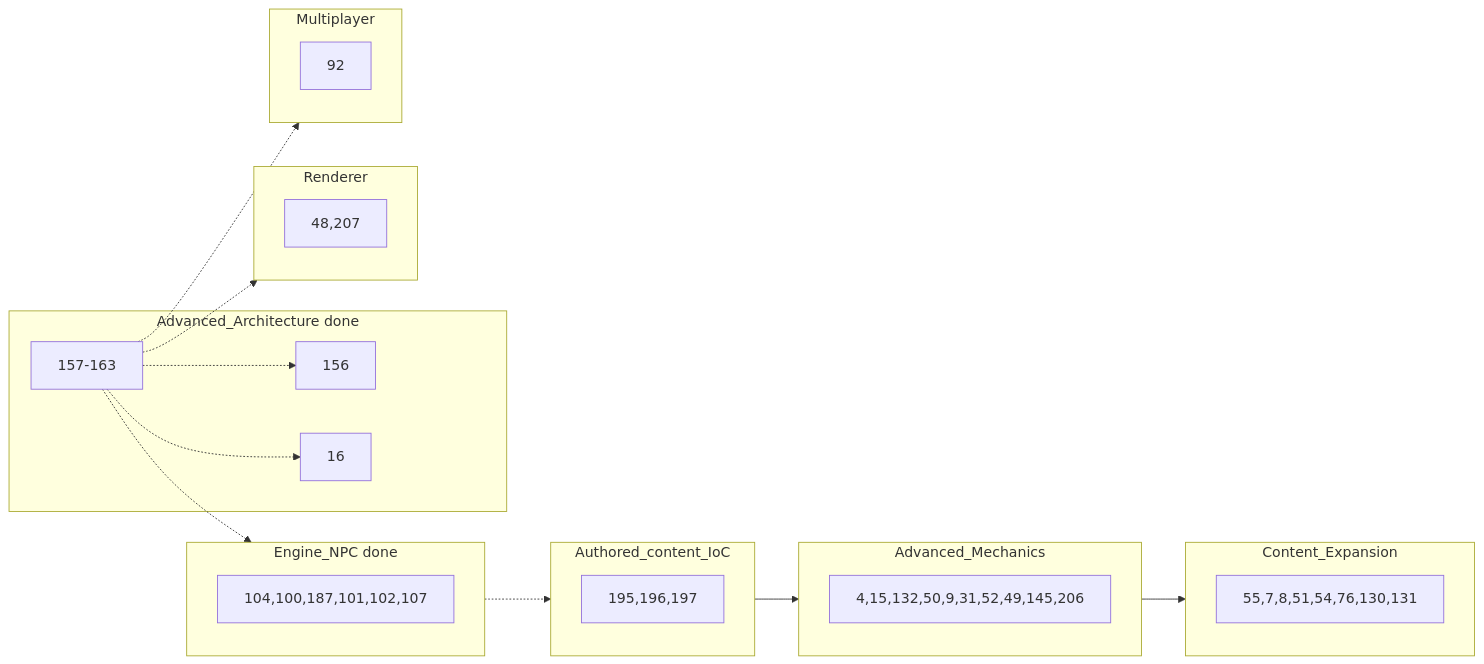
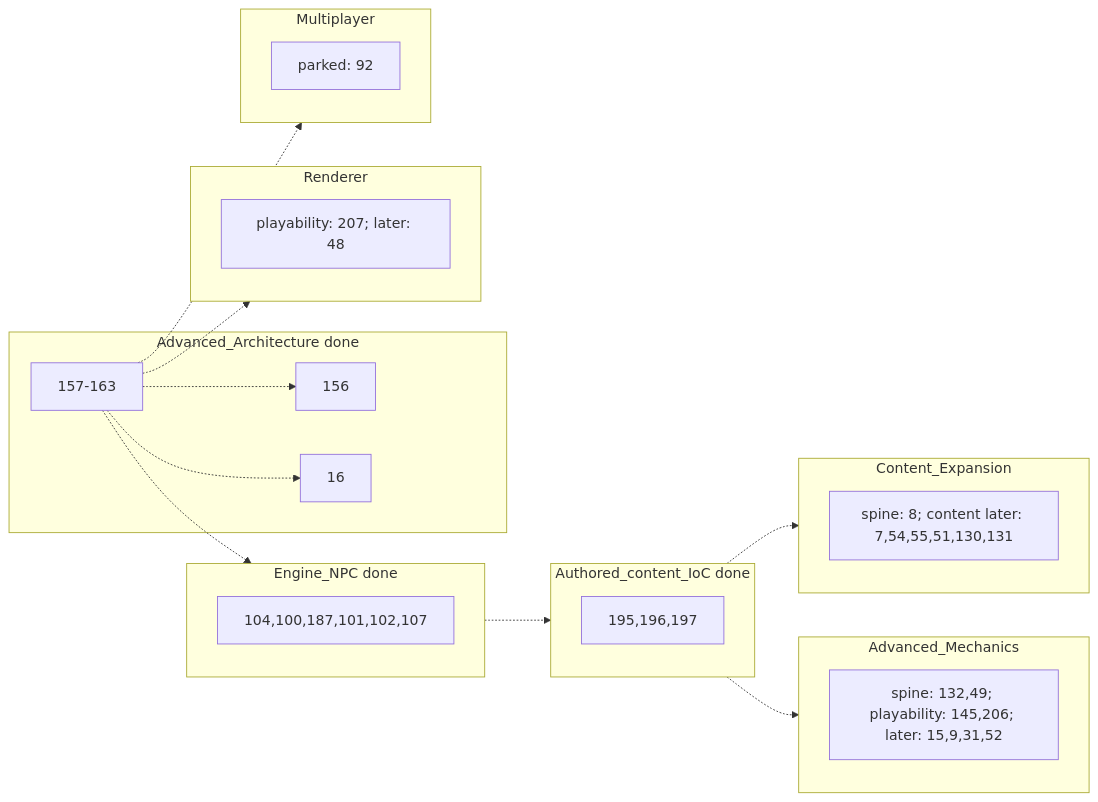
Before and after one commit to ianmays/dosmud: the diagram in DEV_PLAN.md, drawn with Mermaid. The commit also changed other lines of this file, not shown here.

First line of the commit message:
align DEV_PLAN with authored-content spine before roadmap reset (#218)

````diff
--- a/DEV_PLAN.md
+++ b/DEV_PLAN.md
@@ -48,34 +48,34 @@
 ```mermaid
 flowchart LR
   subgraph m5_done [Advanced_Architecture done]
     M5chain["157-163"]
     M5adj["156"]
     M5late["16"]
   end
   subgraph m9_done [Engine_NPC done]
     M9a["104,100,187,101,102,107"]
   end
-  subgraph m10 [Authored_content_IoC]
+  subgraph m10_done [Authored_content_IoC done]
     M10["195,196,197"]
   end
   subgraph m8 [Advanced_Mechanics]
-    M8["4,15,132,50,9,31,52,49,145,206"]
+    M8["spine: 132,49; playability: 145,206; later: 15,9,31,52"]
   end
   subgraph m6 [Content_Expansion]
-    M6["55,7,8,51,54,76,130,131"]
+    M6["spine: 8; content later: 7,54,55,51,130,131"]
   end
   subgraph m7 [Renderer]
-    M7["48,207"]
+    M7["playability: 207; later: 48"]
   end
   subgraph m11 [Multiplayer]
-    M11["92"]
+    M11["parked: 92"]
   end
   M5chain -.-> M5adj
   M5chain -.-> M5late
   M5chain -.-> m9_done
-  m9_done -.-> m10
-  m10 --> m8
-  m8 --> m6
+  m9_done -.-> m10_done
+  m10_done -.-> m6
+  m10_done -.-> m8
   M5chain -.-> m7
   M5chain -.-> m11
 ```
````
